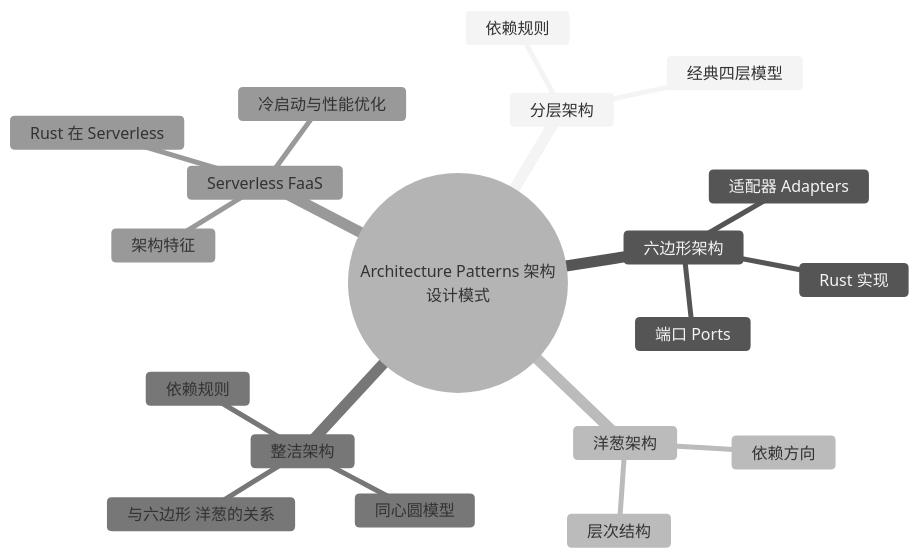
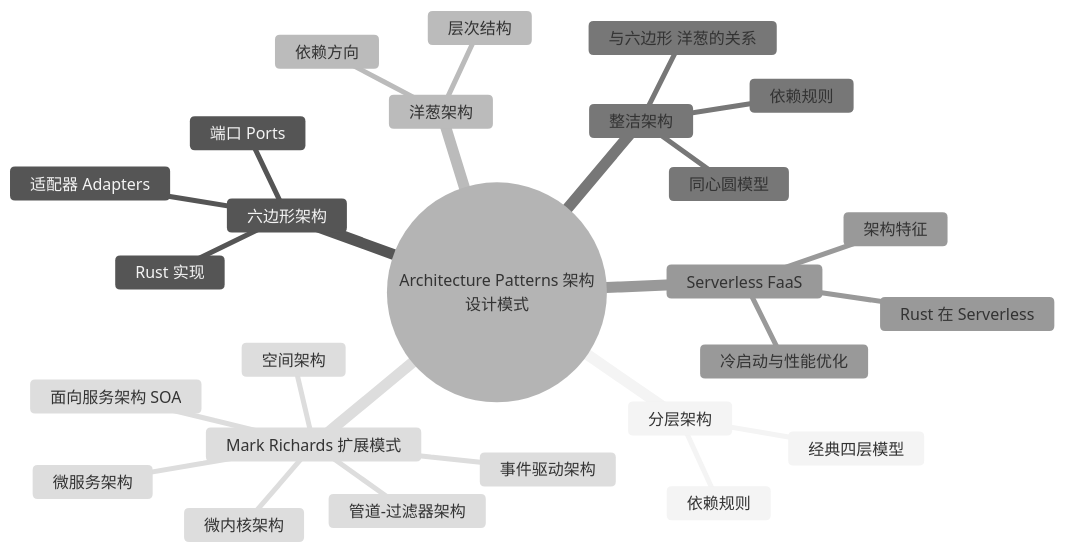
Before and after one commit to martin-ly/rust-lang: the diagram in concept/06_ecosystem/03_design_patterns/08_architecture_patterns.md, drawn with Mermaid (neutral theme). The commit also changed other lines of this file and 61 other files, not shown here.

````diff
--- a/concept/06_ecosystem/03_design_patterns/08_architecture_patterns.md
+++ b/concept/06_ecosystem/03_design_patterns/08_architecture_patterns.md
@@ -1350,22 +1520,29 @@
 ```mermaid
 mindmap
   root((Architecture Patterns 架构设计模式))
     分层架构
       经典四层模型
       依赖规则
     六边形架构
       端口 Ports
       适配器 Adapters
       Rust 实现
     洋葱架构
       层次结构
       依赖方向
     整洁架构
       同心圆模型
       依赖规则
       与六边形 洋葱的关系
     Serverless FaaS
       架构特征
       Rust 在 Serverless
       冷启动与性能优化
+    Mark Richards 扩展模式
+      事件驱动架构
+      微内核架构
+      微服务架构
+      空间架构
+      面向服务架构 SOA
+      管道-过滤器架构
 ```
````
